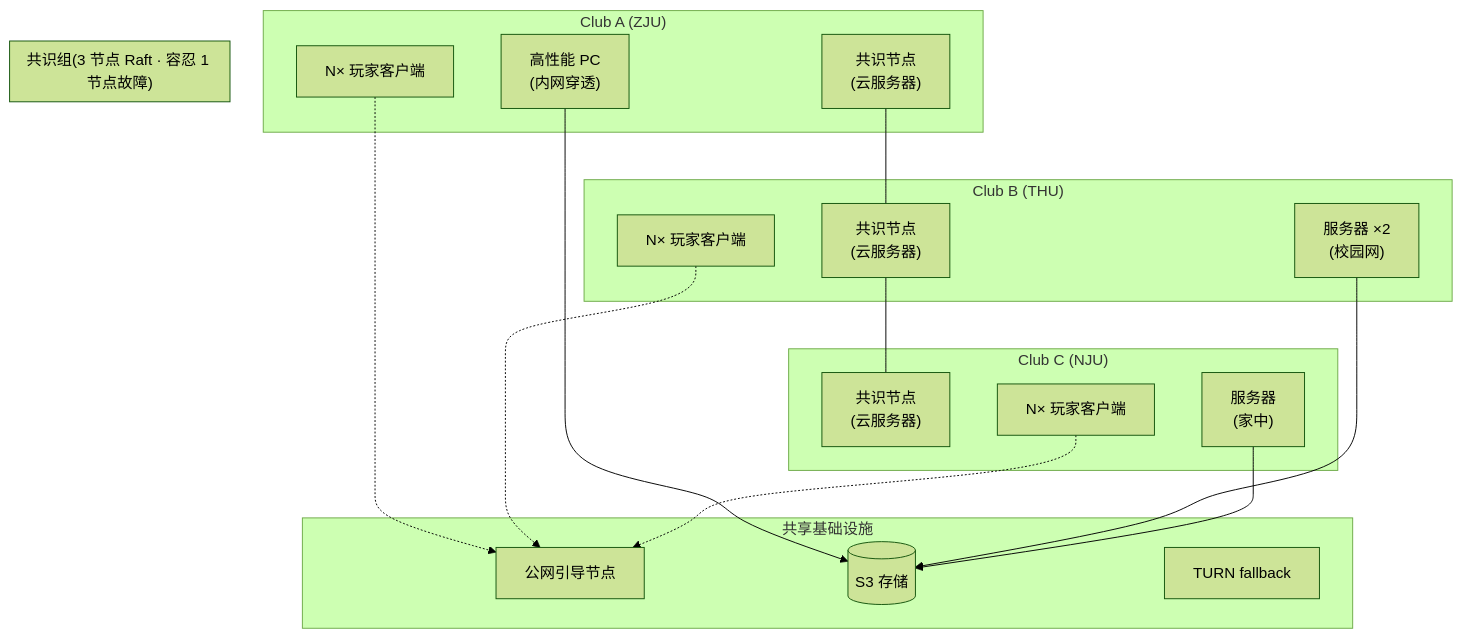
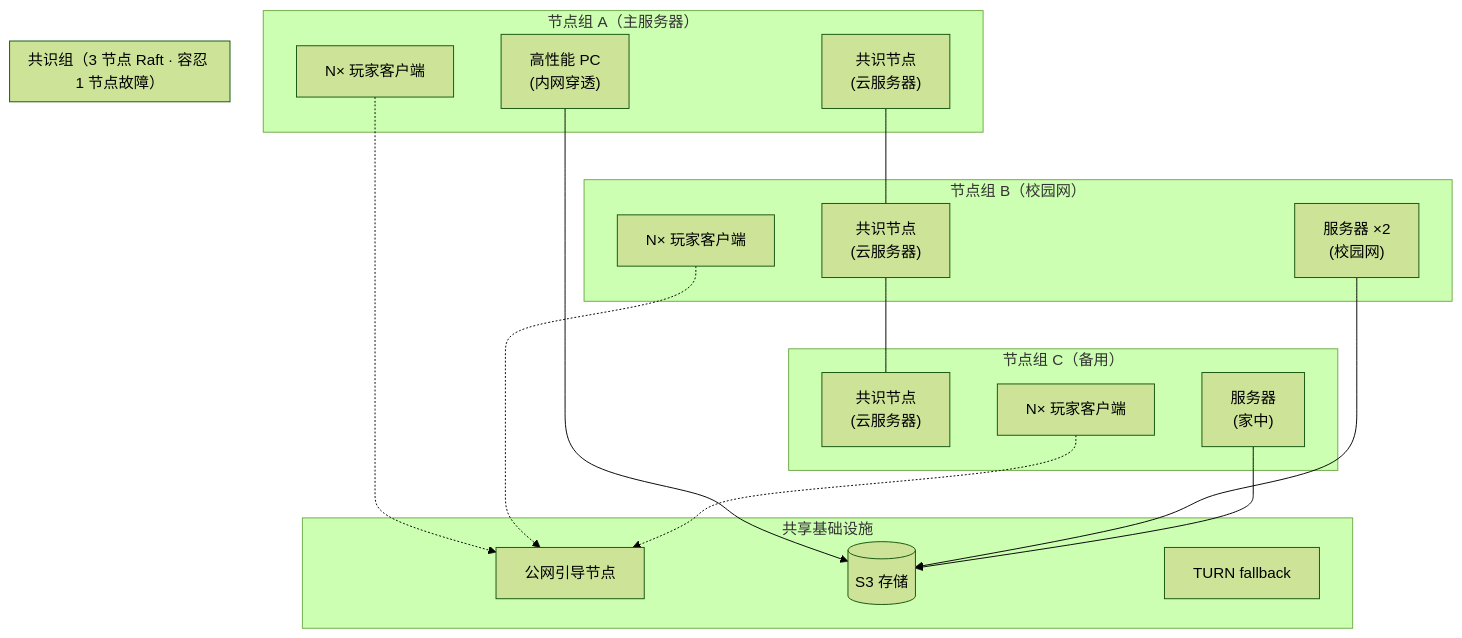
One commit to JLUCraft/docs changed the first of 2 diagrams in pages/design/deployment.md. Above: the diagram before and after it, drawn with Mermaid (forest theme). The commit also changed other lines of this file and 23 other files, not shown here.

````diff
--- a/pages/design/deployment.md
+++ b/pages/design/deployment.md
@@ -17,37 +17,37 @@
 ```mermaid
 flowchart TB
   subgraph Shared["共享基础设施"]
     BS[公网引导节点]
     S3[(S3 存储)]
     TURN[TURN fallback]
   end
 
-  subgraph A["Club A (ZJU)"]
+  subgraph A["节点组 A（主服务器）"]
     A1["共识节点<br/>(云服务器)"]
     A2["高性能 PC<br/>(内网穿透)"]
-    A3[N× 玩家客户端]
+    A3["N× 玩家客户端"]
   end
 
-  subgraph B["Club B (THU)"]
+  subgraph B["节点组 B（校园网）"]
     B1["共识节点<br/>(云服务器)"]
     B2["服务器 ×2<br/>(校园网)"]
-    B3[N× 玩家客户端]
+    B3["N× 玩家客户端"]
   end
 
-  subgraph C["Club C (NJU)"]
+  subgraph C["节点组 C（备用）"]
     C1["共识节点<br/>(云服务器)"]
     C2["服务器<br/>(家中)"]
-    C3[N× 玩家客户端]
+    C3["N× 玩家客户端"]
   end
 
-  subgraph Raft["共识组(3 节点 Raft · 容忍 1 节点故障)"]
+  subgraph Raft["共识组（3 节点 Raft · 容忍 1 节点故障）"]
     A1 --- B1 --- C1
   end
 
   A2 --> S3
   B2 --> S3
   C2 --> S3
   A3 -.-> BS
   B3 -.-> BS
   C3 -.-> BS
 ```
````
